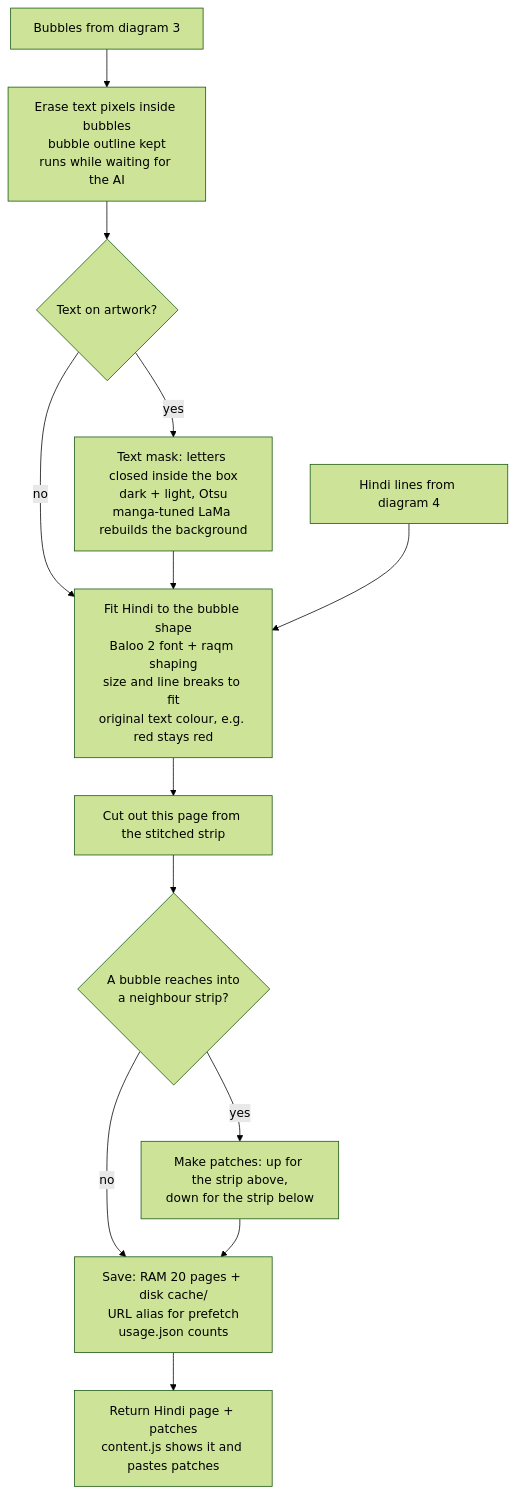
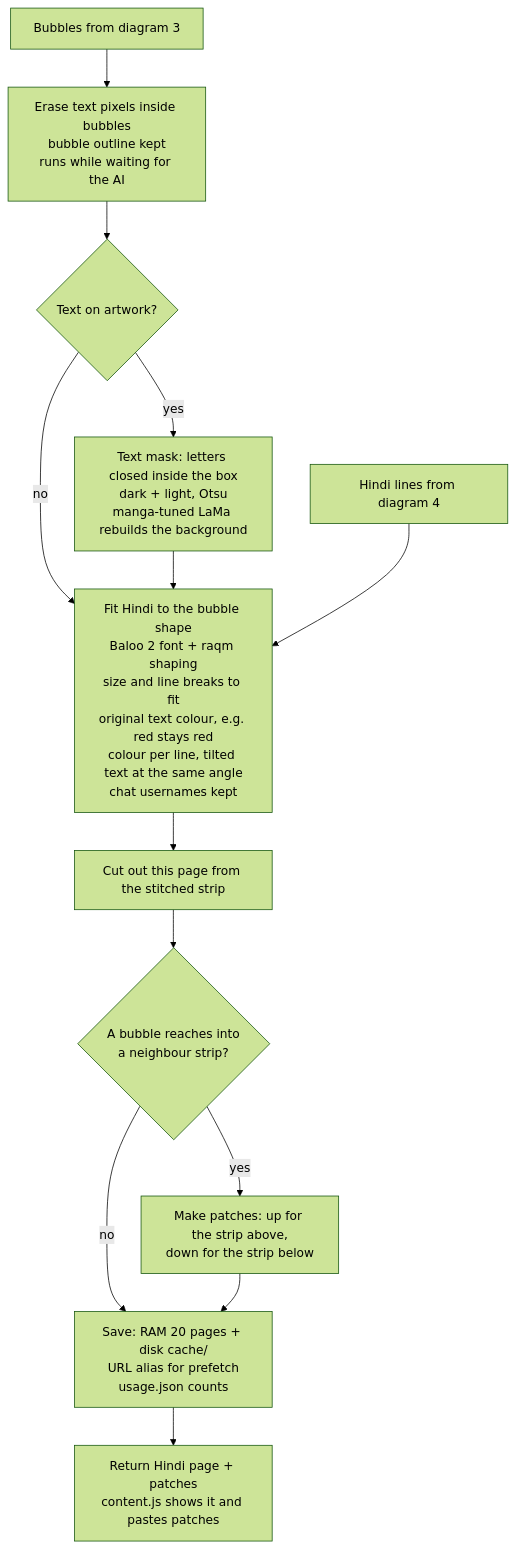
Before and after one commit to jitendra205saini/Manga-Translator: the sixth of 6 diagrams in README.md, drawn with Mermaid (forest theme). The commit also changed other lines of this file and 1 other file, not shown here.

Commit message:
README: tilted text, per-line colour, chat usernames, panel order, LaMa on GPU

````diff
--- a/README.md
+++ b/README.md
@@ -246,15 +249,15 @@
 ```mermaid
 flowchart TD
     A["Bubbles from diagram 3"] --> E["Erase text pixels inside bubbles<br/>bubble outline kept<br/>runs while waiting for the AI"]
     E --> E2{"Text on artwork?"}
     E2 -->|"yes"| LM["Text mask: letters closed inside the box<br/>dark + light, Otsu<br/>manga-tuned LaMa rebuilds the background"]
     E2 -->|"no"| FT
     LM --> FT
-    H["Hindi lines from diagram 4"] --> FT["Fit Hindi to the bubble shape<br/>Baloo 2 font + raqm shaping<br/>size and line breaks to fit<br/>original text colour, e.g. red stays red"]
+    H["Hindi lines from diagram 4"] --> FT["Fit Hindi to the bubble shape<br/>Baloo 2 font + raqm shaping<br/>size and line breaks to fit<br/>original text colour, e.g. red stays red<br/>colour per line, tilted text at the same angle<br/>chat usernames kept"]
     FT --> CT["Cut out this page from the stitched strip"]
     CT --> SP{"A bubble reaches into<br/>a neighbour strip?"}
     SP -->|"yes"| PT["Make patches: up for the strip above,<br/>down for the strip below"]
     SP -->|"no"| SV
     PT --> SV["Save: RAM 20 pages + disk cache/<br/>URL alias for prefetch<br/>usage.json counts"]
     SV --> RET["Return Hindi page + patches<br/>content.js shows it and pastes patches"]
 ```
````
